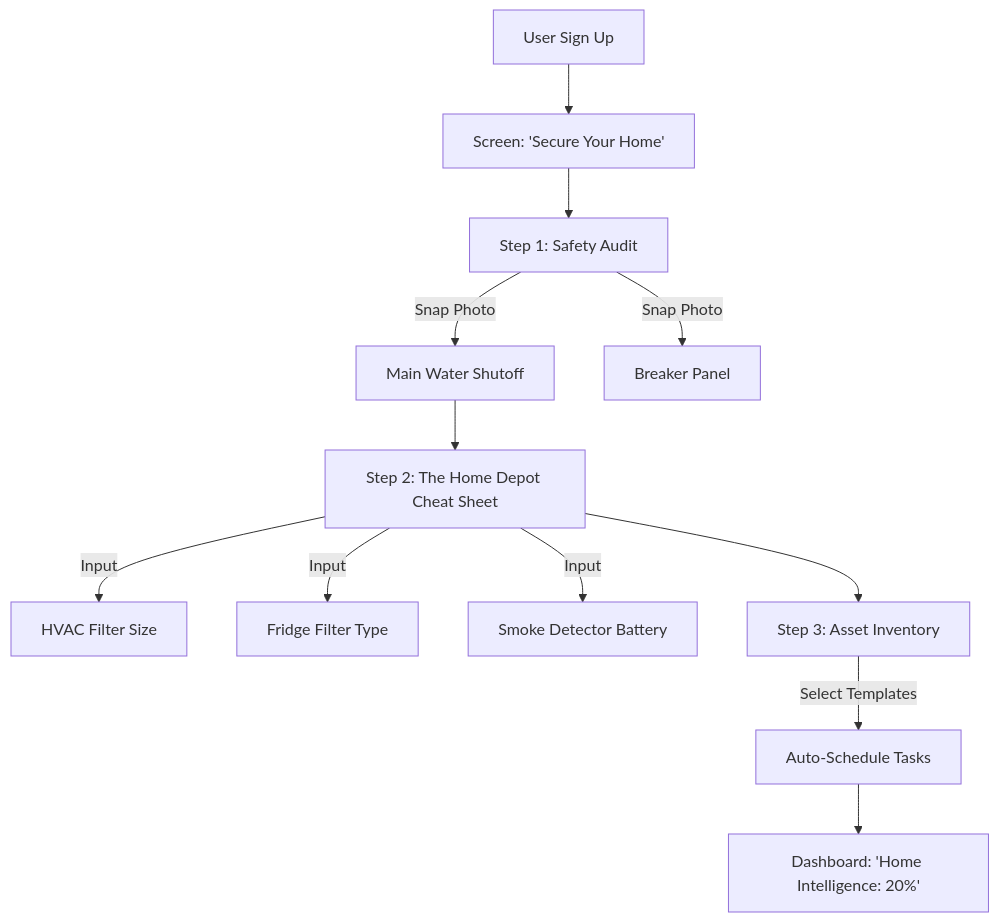
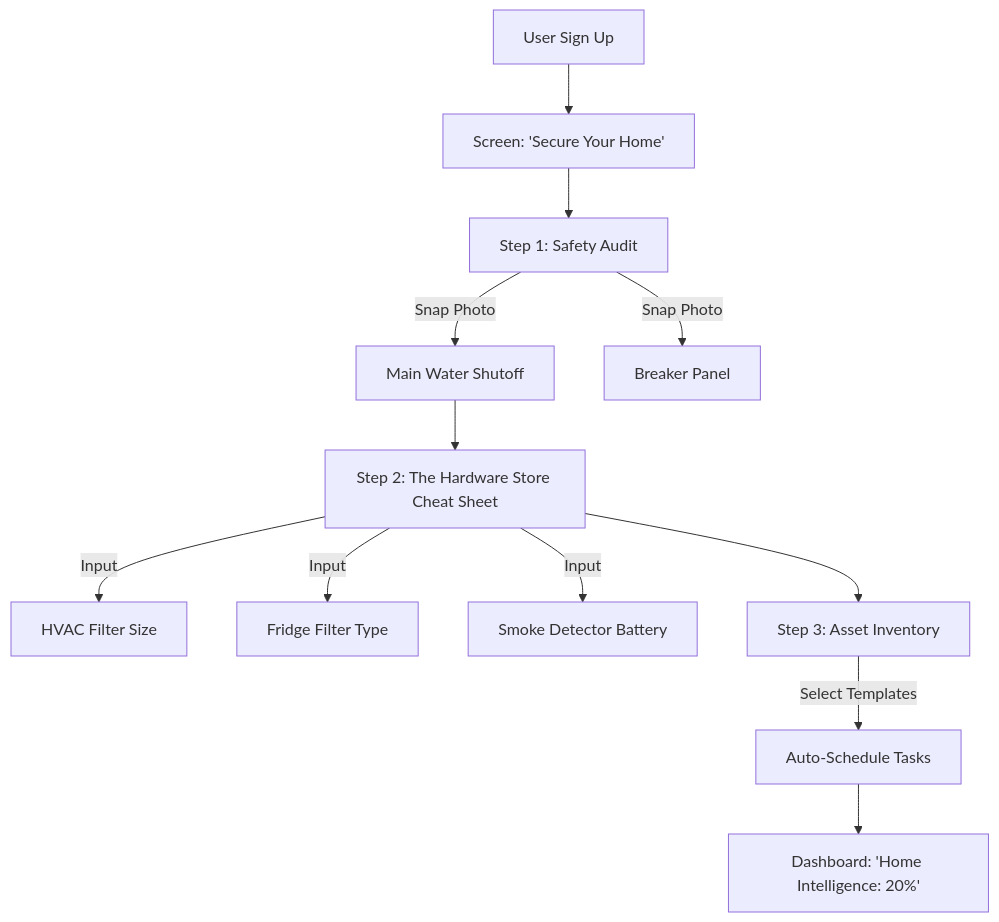
The first of 4 diagrams in docs/product-spec.md (abdihashii/haven), drawn with Mermaid before and after one commit. The commit also changed other lines of this file, not shown here.

Commit message:
docs: update product spec to replace "Home Depot" references with "Hardware Store" for consistency in onboarding flow

````diff
--- a/docs/product-spec.md
+++ b/docs/product-spec.md
@@ -33,18 +33,18 @@
 ```mermaid
 graph TD
     Start[User Sign Up] --> Intro[Screen: 'Secure Your Home']
 
     Intro --> Step1[Step 1: Safety Audit]
     Step1 -->|Snap Photo| Shutoff[Main Water Shutoff]
     Step1 -->|Snap Photo| Breaker[Breaker Panel]
 
-    Shutoff --> Step2[Step 2: The Home Depot Cheat Sheet]
+    Shutoff --> Step2[Step 2: The Hardware Store Cheat Sheet]
     Step2 -->|Input| Filter[HVAC Filter Size]
     Step2 -->|Input| Fridge[Fridge Filter Type]
     Step2 -->|Input| Batt[Smoke Detector Battery]
 
     Step2 --> Step3[Step 3: Asset Inventory]
     Step3 -->|Select Templates| Auto[Auto-Schedule Tasks]
 
     Auto --> Dashboard[Dashboard: 'Home Intelligence: 20%']
 ```
````
